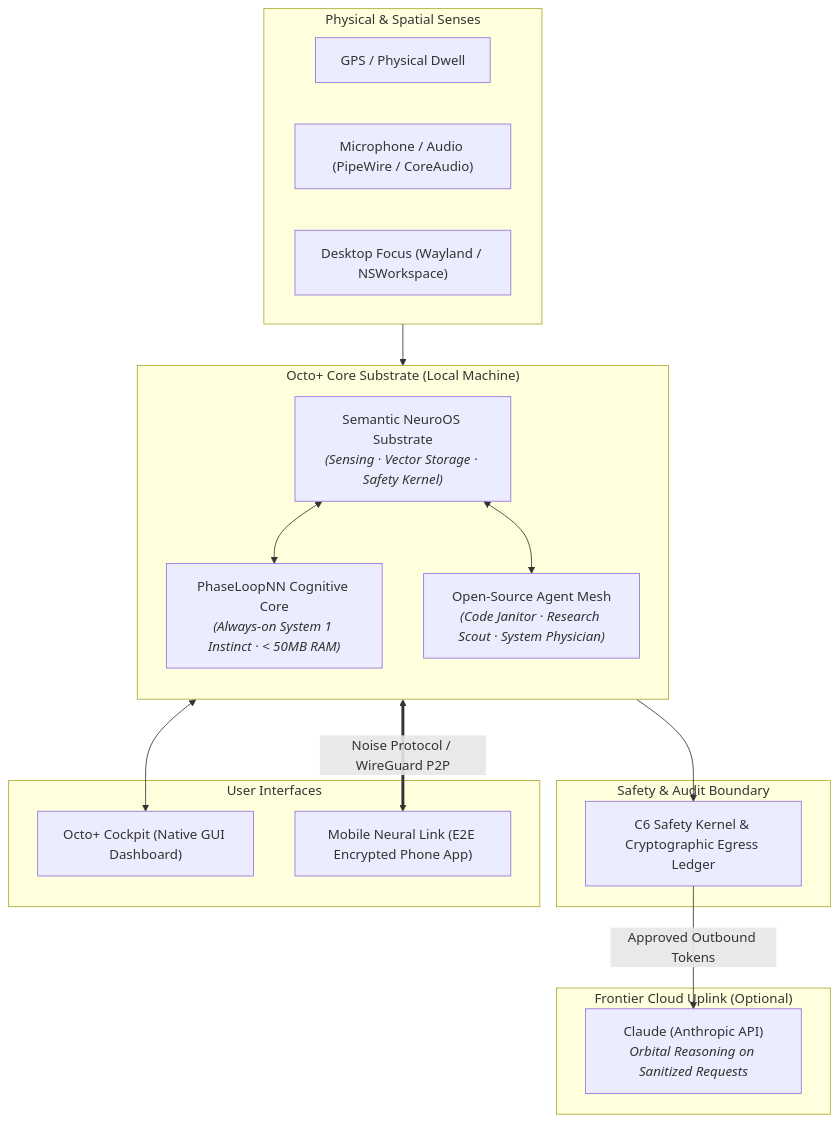
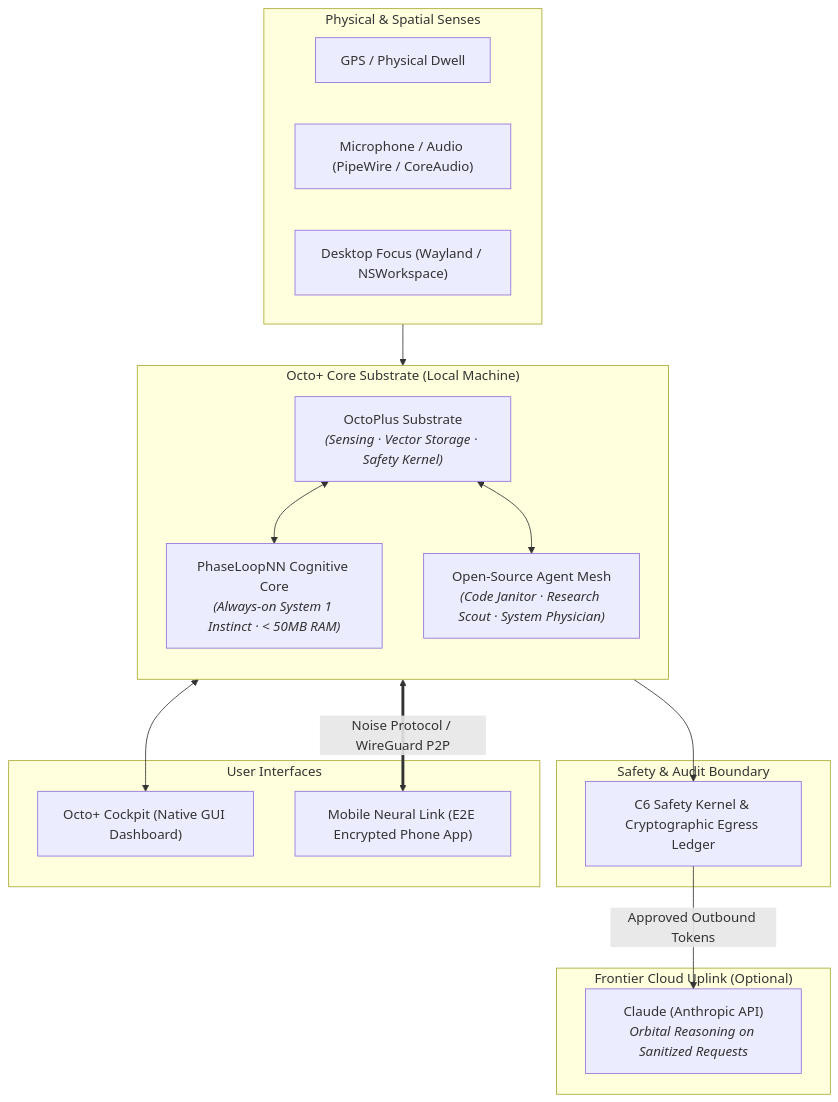
The diagram in docs/octo-plus-vision.md (bhanot-99/OctoPlus), drawn with Mermaid before and after one commit. The commit also changed other lines of this file and 1022 other files, not shown here.

First line of the commit message:
Phase 11.5 S03: apply the rename to OctoPlus (499 files rewritten, 519 paths moved, lock files refreshed without dependency changes, three monitor dump fixtures regenerated, one benchmark test string restored)

````diff
--- a/docs/octo-plus-vision.md
+++ b/docs/octo-plus-vision.md
@@ -27,37 +27,37 @@
 ```mermaid
 flowchart TD
     subgraph PhysicalWorld ["Physical & Spatial Senses"]
         GPS["GPS / Physical Dwell"]
         Mic["Microphone / Audio (PipeWire / CoreAudio)"]
         Display["Desktop Focus (Wayland / NSWorkspace)"]
     end
 
     subgraph OctoCore ["Octo+ Core Substrate (Local Machine)"]
         direction TB
-        NeuroOS["Semantic NeuroOS Substrate<br/><i>(Sensing · Vector Storage · Safety Kernel)</i>"]
+        OctoPlus["OctoPlus Substrate<br/><i>(Sensing · Vector Storage · Safety Kernel)</i>"]
         PhaseLoop["PhaseLoopNN Cognitive Core<br/><i>(Always-on System 1 Instinct · < 50MB RAM)</i>"]
         AgentMesh["Open-Source Agent Mesh<br/><i>(Code Janitor · Research Scout · System Physician)</i>"]
         
-        NeuroOS <--> PhaseLoop
-        NeuroOS <--> AgentMesh
+        OctoPlus <--> PhaseLoop
+        OctoPlus <--> AgentMesh
     end
 
     subgraph SecurityGate ["Safety & Audit Boundary"]
         Gate["C6 Safety Kernel & Cryptographic Egress Ledger"]
     end
 
     subgraph Uplink ["Frontier Cloud Uplink (Optional)"]
         Claude["Claude (Anthropic API)<br/><i>Orbital Reasoning on Sanitized Requests</i>"]
     end
 
     subgraph UserSurfaces ["User Interfaces"]
         Cockpit["Octo+ Cockpit (Native GUI Dashboard)"]
         Mobile["Mobile Neural Link (E2E Encrypted Phone App)"]
     end
 
-    PhysicalWorld --> NeuroOS
+    PhysicalWorld --> OctoPlus
     OctoCore --> Gate
     Gate -- "Approved Outbound Tokens" --> Claude
     OctoCore <--> Cockpit
     OctoCore <== "Noise Protocol / WireGuard P2P" ==> Mobile
 ```
````
